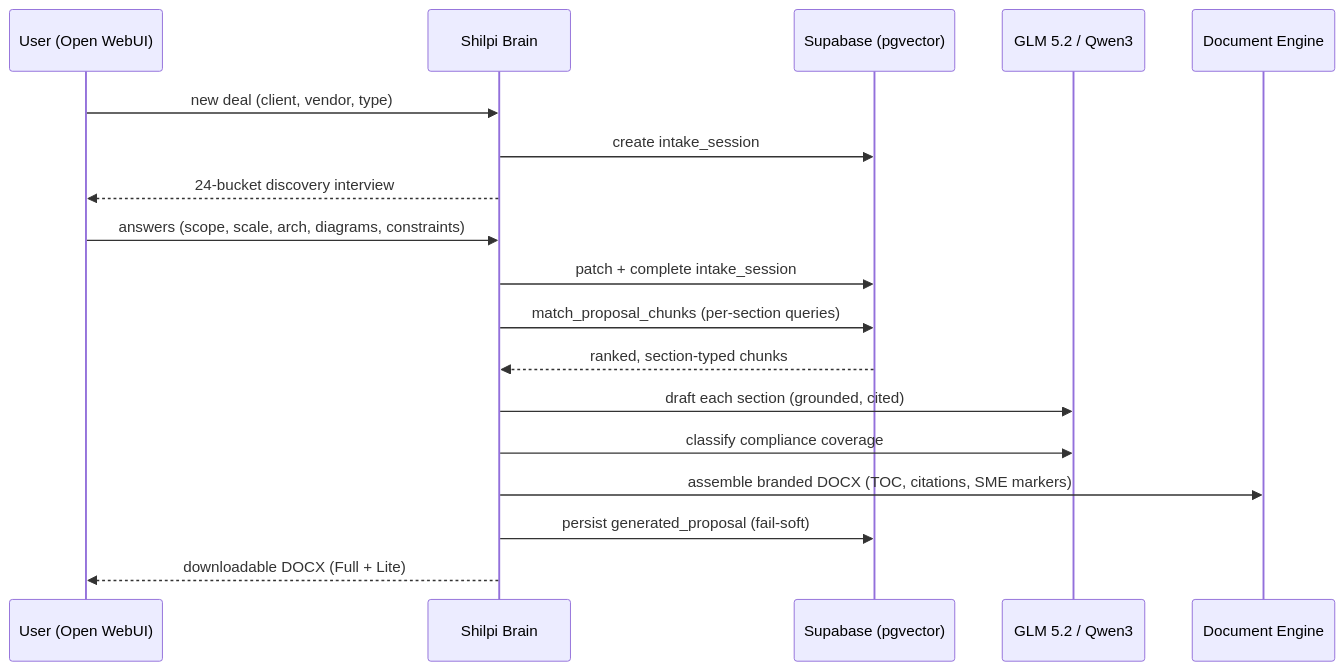
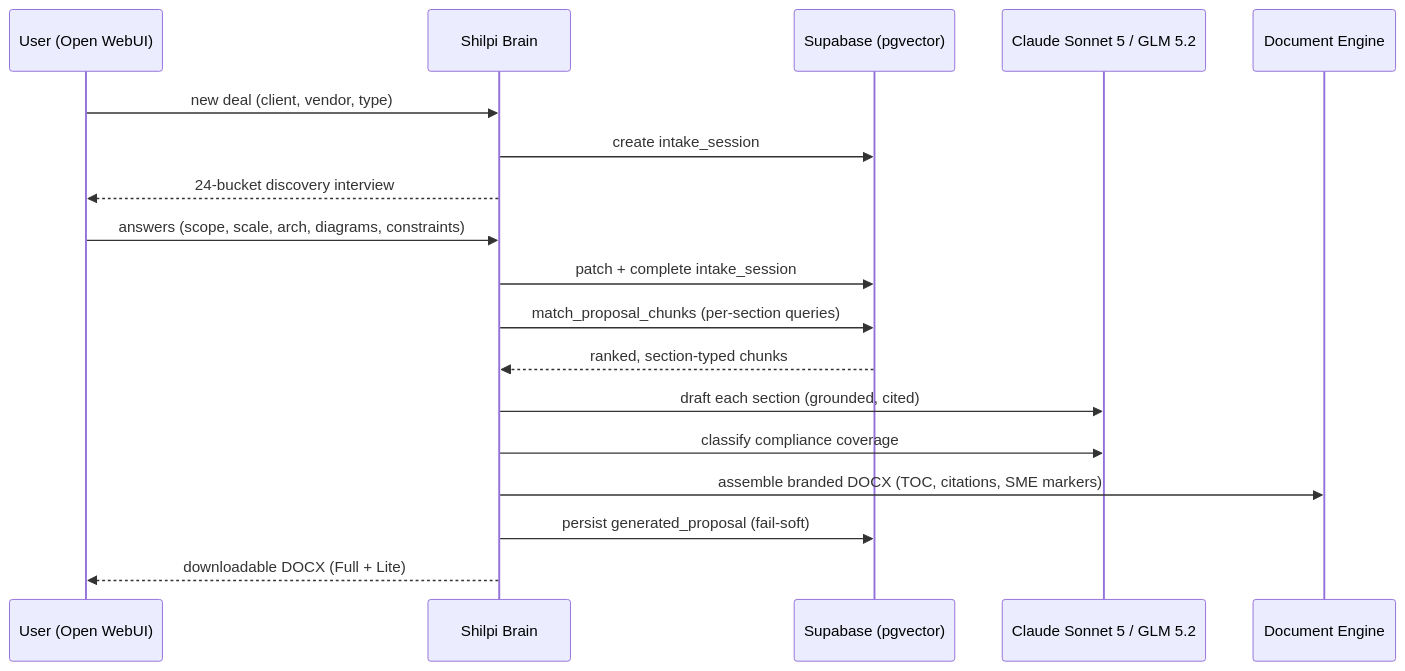
Before and after one commit to imranshaikh-commits/iv-sarvam: the second of 5 diagrams in README.md, drawn with Mermaid. The commit also changed other lines of this file, not shown here.

Commit message:
docs: update README to current state - corpus 11 to 112 proposals, Sonnet 5 primary, topic-aware retrieval, visual_assets, and the retrieval scorecard

````diff
--- a/README.md
+++ b/README.md
@@ -210,21 +232,21 @@
 ```mermaid
 sequenceDiagram
     participant U as User (Open WebUI)
     participant B as Shilpi Brain
     participant S as Supabase (pgvector)
-    participant L as GLM 5.2 / Qwen3
+    participant L as Claude Sonnet 5 / GLM 5.2
     participant D as Document Engine
 
     U->>B: new deal (client, vendor, type)
     B->>S: create intake_session
     B-->>U: 24-bucket discovery interview
     U->>B: answers (scope, scale, arch, diagrams, constraints)
     B->>S: patch + complete intake_session
     B->>S: match_proposal_chunks (per-section queries)
     S-->>B: ranked, section-typed chunks
     B->>L: draft each section (grounded, cited)
     B->>L: classify compliance coverage
     B->>D: assemble branded DOCX (TOC, citations, SME markers)
     B->>S: persist generated_proposal (fail-soft)
     B-->>U: downloadable DOCX (Full + Lite)
 ```
````
